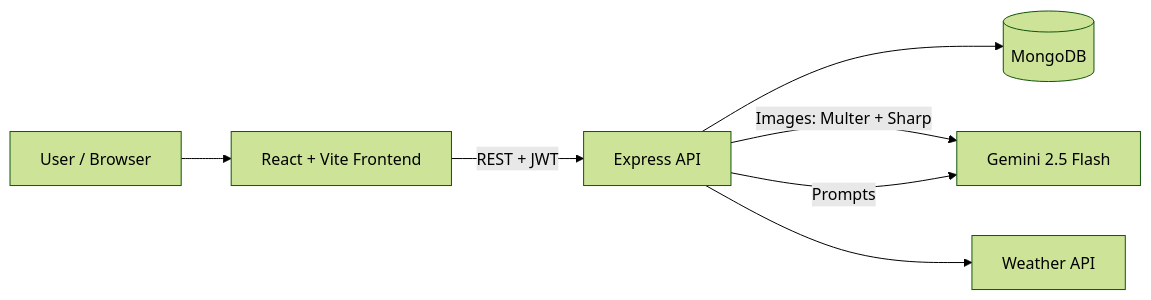
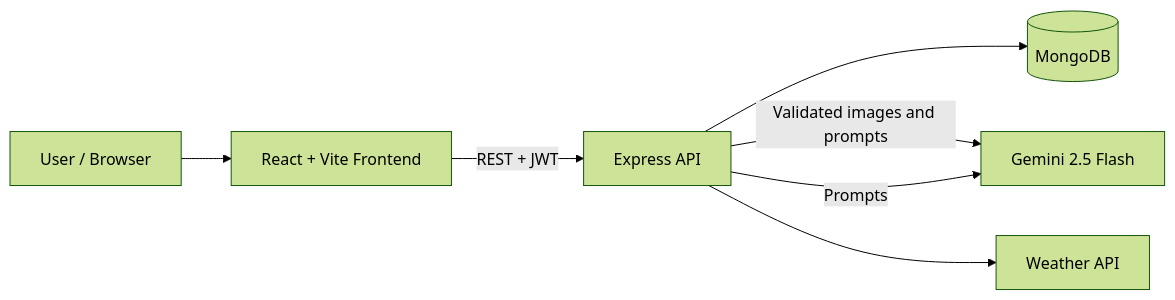
The diagram in README.md (VisheshPanwar2003/Agriculture-Ai), drawn with Mermaid (forest theme) before and after one commit. The commit also changed other lines of this file and 37 other files, not shown here.

````diff
--- a/README.md
+++ b/README.md
@@ -85,9 +85,9 @@
 ```mermaid
 flowchart LR
     U[User / Browser] --> F[React + Vite Frontend]
     F -->|REST + JWT| B[Express API]
     B --> M[(MongoDB)]
-    B -->|Images: Multer + Sharp| G[Gemini 2.5 Flash]
+    B -->|Validated images and prompts| G[Gemini 2.5 Flash]
     B -->|Prompts| G
     B --> W[Weather API]
 ```
````
